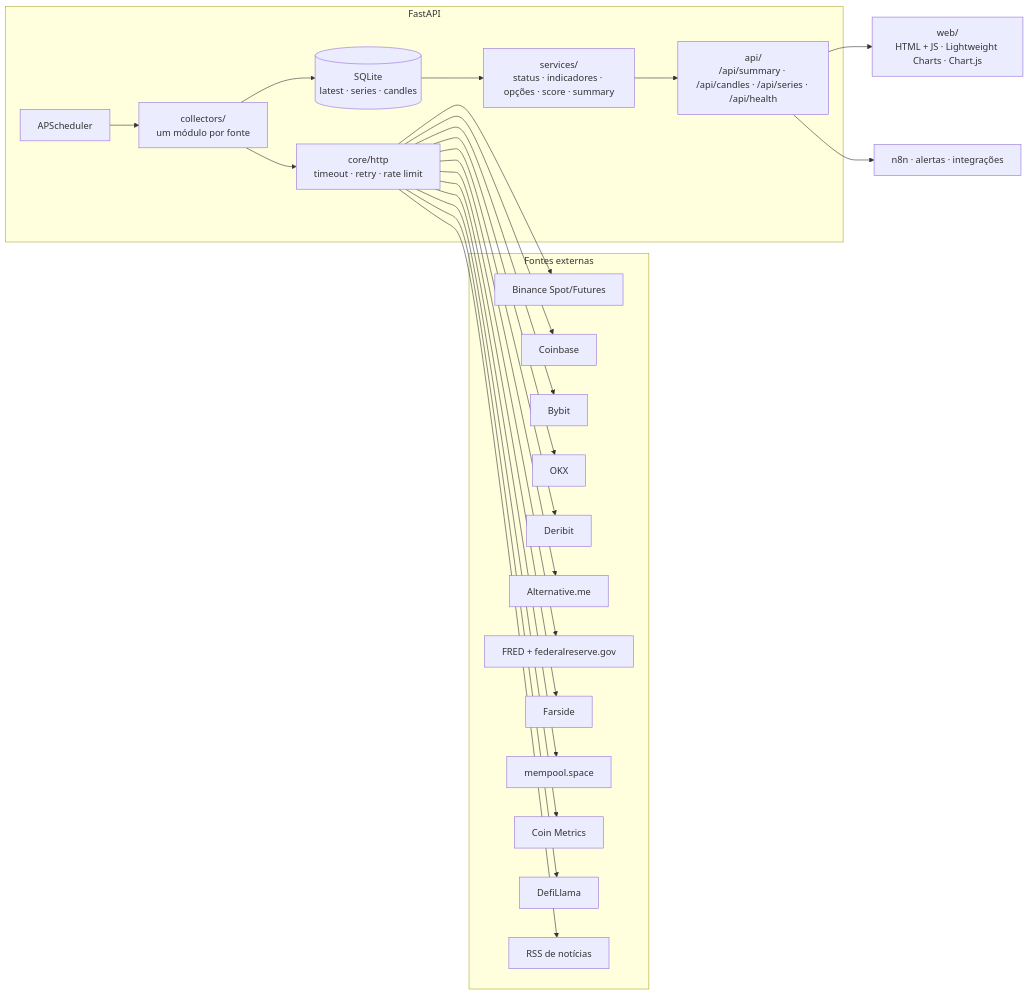
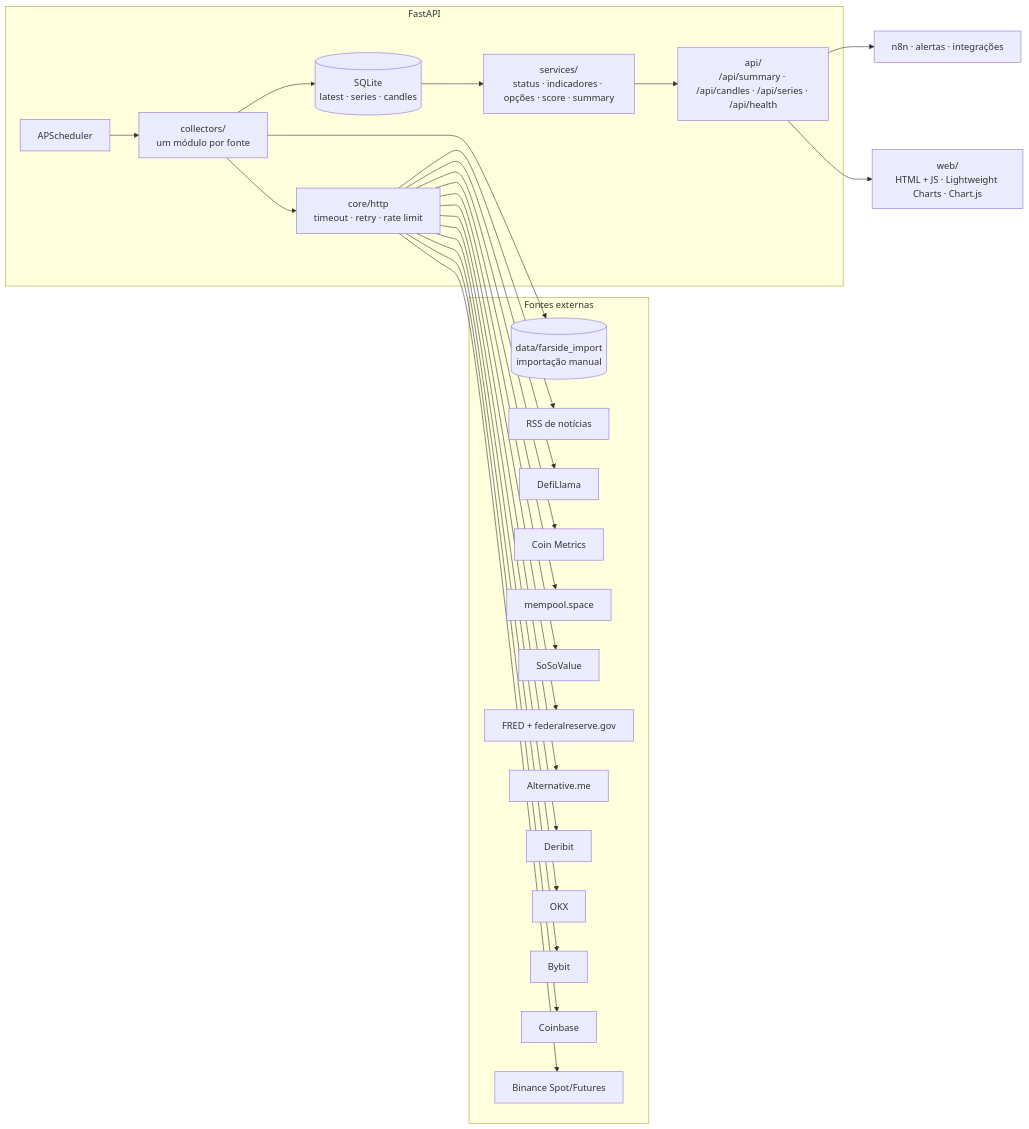
The diagram in README.md (denecis-can/Acompanhamento-do-Bitcoin), drawn with Mermaid before and after one commit. The commit also changed other lines of this file and 21 other files, not shown here.

````diff
--- a/README.md
+++ b/README.md
@@ -21,29 +21,31 @@
 ```mermaid
 flowchart LR
     subgraph Fontes externas
         BN[Binance Spot/Futures]
         CB[Coinbase]
         BY[Bybit]
         OK[OKX]
         DR[Deribit]
         AM[Alternative.me]
         FR[FRED + federalreserve.gov]
-        FS[Farside]
+        SV[SoSoValue]
+        FS[(data/farside_import<br/>importação manual)]
         MP[mempool.space]
         CM[Coin Metrics]
         DL[DefiLlama]
         RSS[RSS de notícias]
     end
 
     subgraph Backend [FastAPI]
         SCH[APScheduler] --> COL[collectors/<br/>um módulo por fonte]
         COL --> HTTP[core/http<br/>timeout · retry · rate limit]
-        HTTP --> BN & CB & BY & OK & DR & AM & FR & FS & MP & CM & DL & RSS
+        HTTP --> BN & CB & BY & OK & DR & AM & FR & SV & MP & CM & DL & RSS
+        COL --> FS
         COL --> DB[(SQLite<br/>latest · series · candles)]
         DB --> SVC[services/<br/>status · indicadores · opções · score · summary]
         SVC --> API[api/<br/>/api/summary · /api/candles · /api/series · /api/health]
     end
 
     API --> WEB[web/<br/>HTML + JS · Lightweight Charts · Chart.js]
     API --> EXT[n8n · alertas · integrações]
 ```
````
